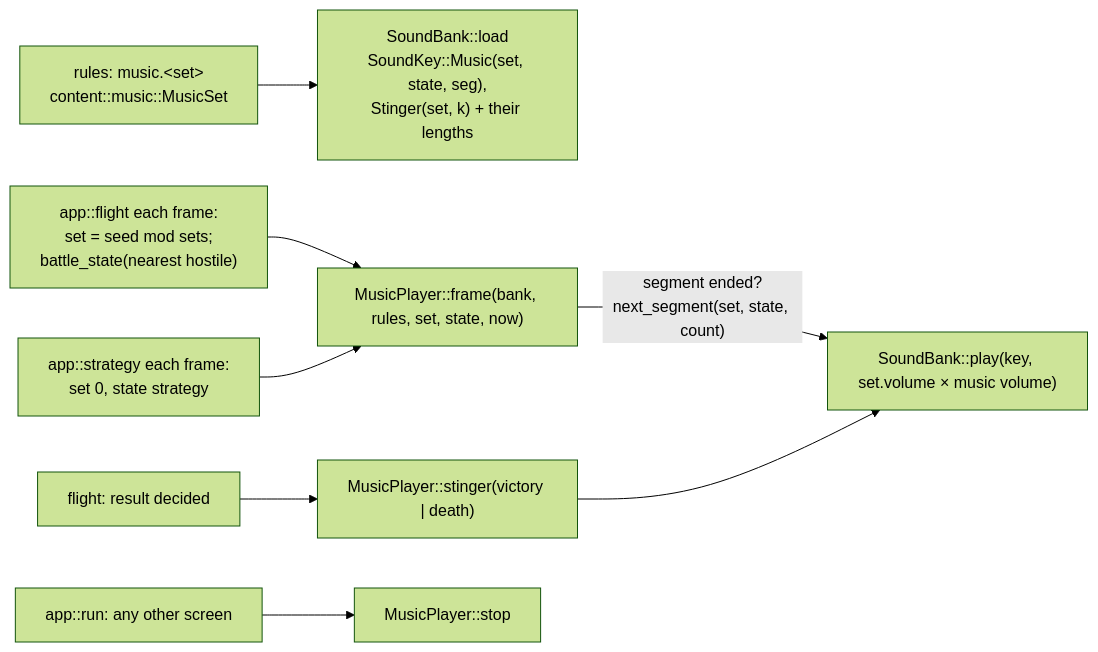
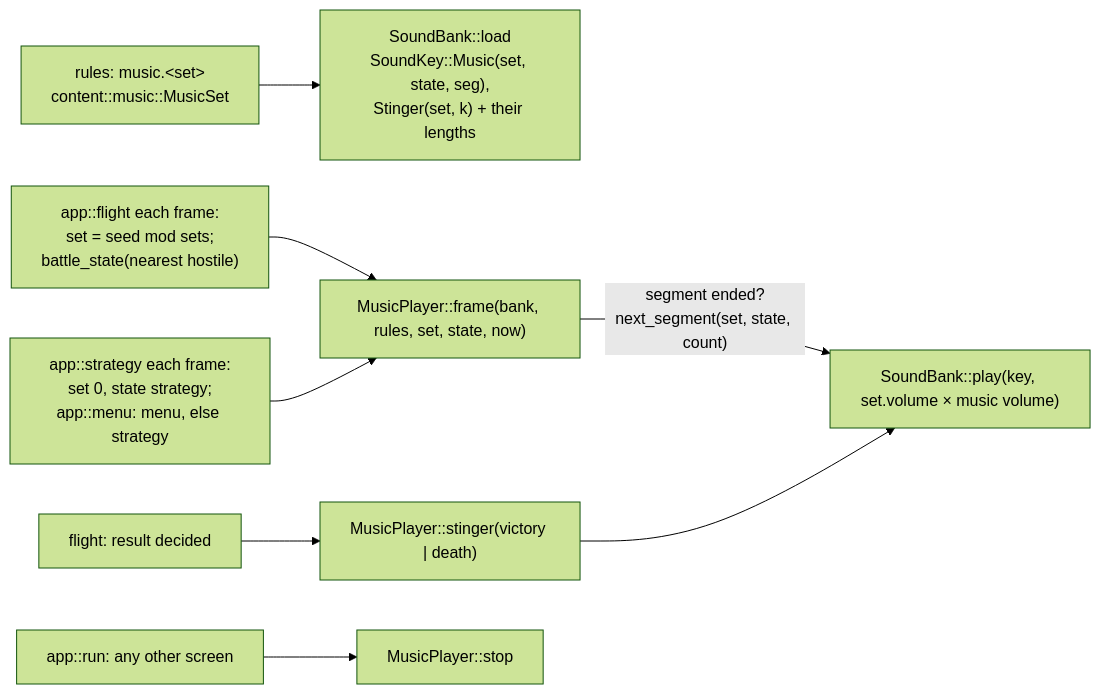
Before and after one commit to bbogovich/OpenInterceptor: the second of 2 diagrams in docs/implementation/architecture/audio.md, drawn with Mermaid (forest theme). The commit also changed other lines of this file and 19 other files, not shown here.

First line of the commit message:
Site 0.22.0 (spec 1.16.0): 6.2 main menu and credits (app 0.14.0)

````diff
--- a/docs/implementation/architecture/audio.md
+++ b/docs/implementation/architecture/audio.md
@@ -58,9 +58,9 @@
 ```mermaid
 flowchart LR
     MD["rules: music.&lt;set&gt;<br/>content::music::MusicSet"] --> BL["SoundBank::load<br/>SoundKey::Music(set, state, seg),<br/>Stinger(set, k) + their lengths"]
     FL["app::flight each frame:<br/>set = seed mod sets;<br/>battle_state(nearest hostile)"] --> MP
-    SG["app::strategy each frame:<br/>set 0, state strategy"] --> MP
+    SG["app::strategy each frame:<br/>set 0, state strategy;<br/>app::menu: menu, else strategy"] --> MP
     MP["MusicPlayer::frame(bank, rules, set, state, now)"] -->|"segment ended?<br/>next_segment(set, state, count)"| PL["SoundBank::play(key, set.volume × music volume)"]
     RES["flight: result decided"] --> STG["MusicPlayer::stinger(victory | death)"] --> PL
     APP["app::run: any other screen"] --> STOP["MusicPlayer::stop"]
 ```
````
